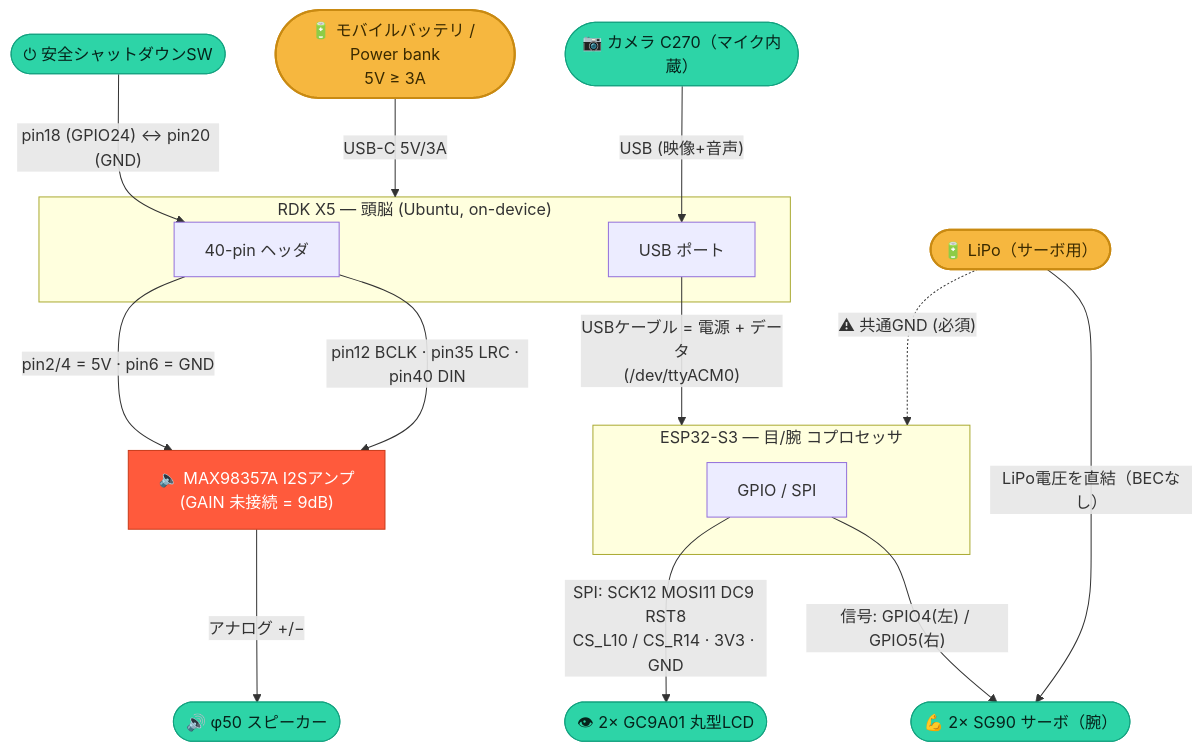
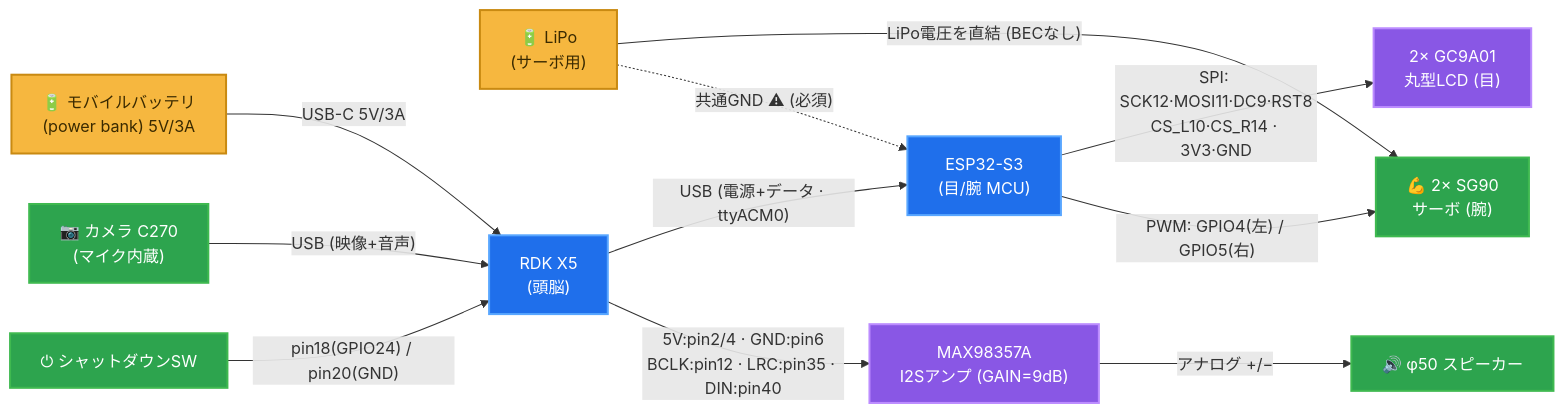
Before and after one commit to gurimaruking/corosuke-robot: the diagram in docs/wiring.md, drawn with Mermaid. The commit also changed other lines of this file and 6 other files, not shown here.

First line of the commit message:
docs/slides: 接続図を再設計 — 全モジュール□統一・カテゴリで色分け・ピン番号は配線ラベルに分離

````diff
--- a/docs/wiring.md
+++ b/docs/wiring.md
@@ -6,32 +6,30 @@
 ```mermaid
-flowchart TB
-  PB(["🔋 モバイルバッテリ / Power bank<br/>5V ≥ 3A"]):::pwr
-  LIPO(["🔋 LiPo（サーボ用）"]):::pwr
+flowchart LR
+  %% すべて矩形(□)。色はカテゴリ別。ピン番号は各配線(矢印)のラベルに分離。
+  PB["🔋 モバイルバッテリ<br/>(power bank) 5V/3A"]:::power
+  LIPO["🔋 LiPo<br/>(サーボ用)"]:::power
+  RDK["RDK X5<br/>(頭脳)"]:::compute
+  ESP["ESP32-S3<br/>(目/腕 MCU)"]:::compute
+  AMP["MAX98357A<br/>I2Sアンプ (GAIN=9dB)"]:::module
+  EYES["2× GC9A01<br/>丸型LCD (目)"]:::module
+  CAM["📷 カメラ C270<br/>(マイク内蔵)"]:::periph
+  BTN["⏻ シャットダウンSW"]:::periph
+  SPK["🔊 φ50 スピーカー"]:::periph
+  SRV["💪 2× SG90<br/>サーボ (腕)"]:::periph
 
-  subgraph RDK["RDK X5 — 頭脳 (Ubuntu, on-device)"]
-    P40["40-pin ヘッダ"]
-    USBH["USB ポート"]
-  end
+  PB   -->|"USB-C 5V/3A"| RDK
+  CAM  -->|"USB (映像+音声)"| RDK
+  BTN  -->|"pin18(GPIO24) / pin20(GND)"| RDK
+  RDK  -->|"USB (電源+データ · ttyACM0)"| ESP
+  RDK  -->|"5V:pin2/4 · GND:pin6<br/>BCLK:pin12 · LRC:pin35 · DIN:pin40"| AMP
+  AMP  -->|"アナログ +/−"| SPK
+  ESP  -->|"SPI: SCK12·MOSI11·DC9·RST8<br/>CS_L10·CS_R14 · 3V3·GND"| EYES
+  ESP  -->|"PWM: GPIO4(左) / GPIO5(右)"| SRV
+  LIPO -->|"LiPo電圧を直結 (BECなし)"| SRV
+  LIPO -.->|"共通GND ⚠ (必須)"| ESP
 
-  subgraph ESP["ESP32-S3 — 目/腕 コプロセッサ"]
-    EG["GPIO / SPI"]
-  end
-
-  PB  -->|"USB-C 5V/3A"| RDK
-  CAM(["📷 カメラ C270（マイク内蔵）"]):::io -->|"USB (映像+音声)"| USBH
-  BTN(["⏻ 安全シャットダウンSW"]):::io -->|"pin18 (GPIO24) ↔ pin20 (GND)"| P40
-  USBH -->|"USBケーブル = 電源 + データ<br/>(/dev/ttyACM0)"| ESP
-
-  P40 -->|"pin2/4 = 5V · pin6 = GND"| AMP
-  P40 -->|"pin12 BCLK · pin35 LRC · pin40 DIN"| AMP
-  AMP["🔈 MAX98357A I2Sアンプ<br/>(GAIN 未接続 = 9dB)"]:::amp -->|"アナログ +/−"| SPK(["🔊 φ50 スピーカー"]):::io
-
-  EG -->|"SPI: SCK12 MOSI11 DC9 RST8<br/>CS_L10 / CS_R14 · 3V3 · GND"| EYES(["👁 2× GC9A01 丸型LCD"]):::io
-  EG -->|"信号: GPIO4(左) / GPIO5(右)"| SRV(["💪 2× SG90 サーボ（腕）"]):::io
-  LIPO -->|"LiPo電圧を直結（BECなし）"| SRV
-  LIPO -.->|"⚠ 共通GND (必須)"| ESP
-
-  classDef pwr fill:#f6b73f,color:#3a2a00,stroke:#c98a12,stroke-width:2px;
-  classDef io  fill:#2dd4a7,color:#06231b,stroke:#12a17f;
-  classDef amp fill:#ff5a3c,color:#fff,stroke:#c93b1a;
+  classDef power   fill:#f6b73f,color:#3a2a00,stroke:#c98a12,stroke-width:2px;
+  classDef compute fill:#1f6feb,color:#fff,stroke:#58a6ff,stroke-width:2px;
+  classDef module  fill:#8957e5,color:#fff,stroke:#bc8cff,stroke-width:2px;
+  classDef periph  fill:#2da44e,color:#fff,stroke:#3fb950,stroke-width:2px;
 ```
````
